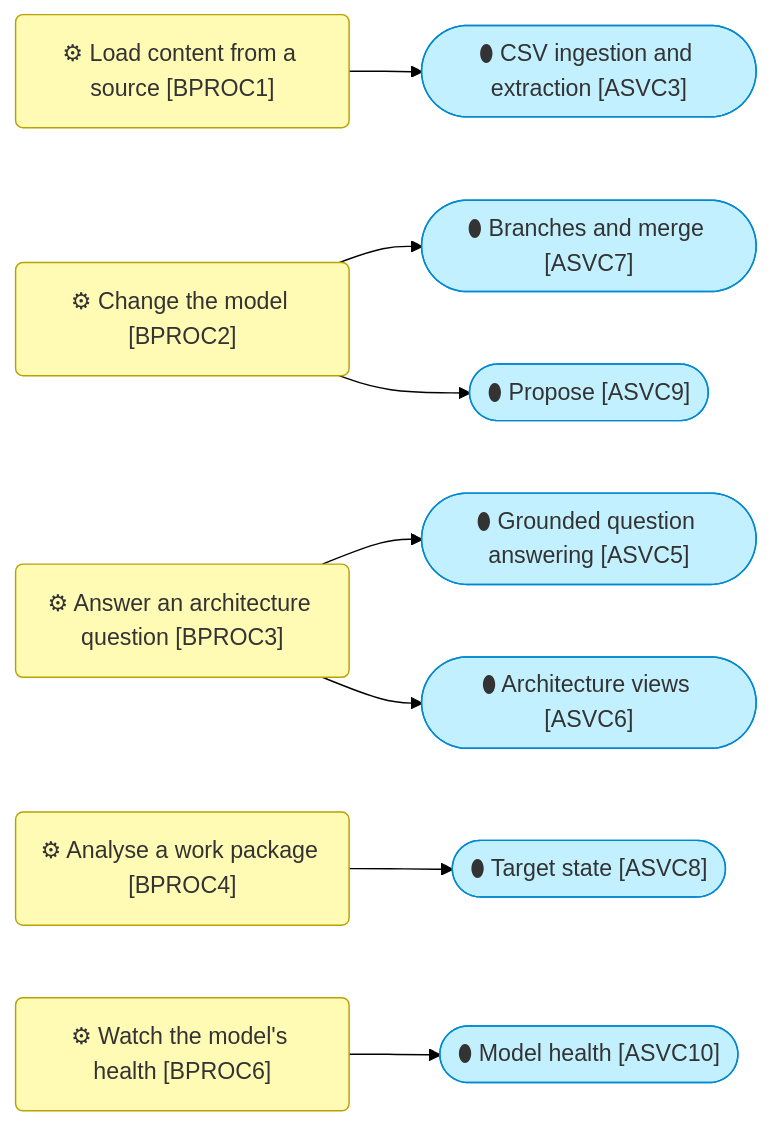
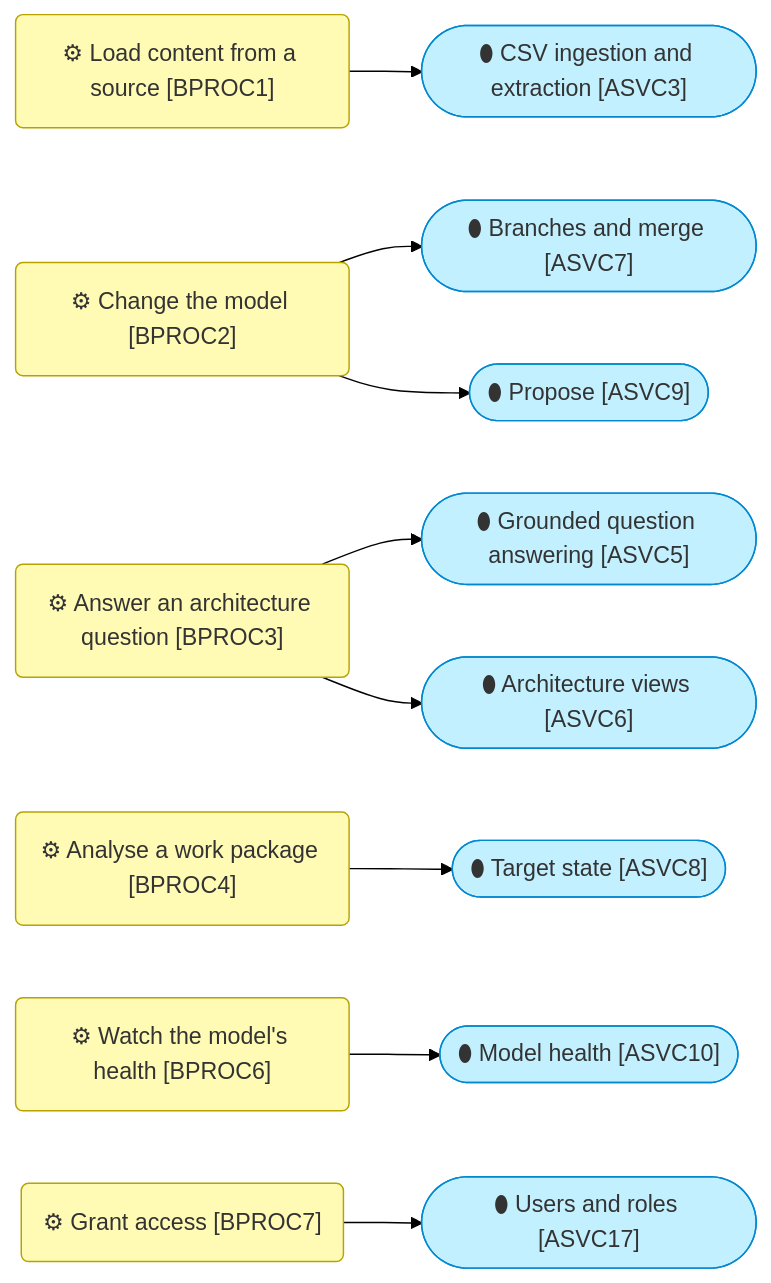
Before and after one commit to roanboc/dbx-enterprise-architecture: the fourth of 4 diagrams in architecture/2_business/2_processes-and-services.md, drawn with Mermaid (forest theme). The commit also changed other lines of this file and 15 other files, not shown here.

First line of the commit message:
docs(architecture): initiatives 27 and 28 built — the application and technology layers aligned, GAP30 and GAP31 closed

````diff
--- a/architecture/2_business/2_processes-and-services.md
+++ b/architecture/2_business/2_processes-and-services.md
@@ -96,25 +96,28 @@
 ```mermaid
 flowchart LR
   p1("⚙ Load content from a source [BPROC1]"):::business
   p2("⚙ Change the model [BPROC2]"):::business
   p3("⚙ Answer an architecture question [BPROC3]"):::business
   p4("⚙ Analyse a work package [BPROC4]"):::business
   p6("⚙ Watch the model's health [BPROC6]"):::business
+  p7("⚙ Grant access [BPROC7]"):::business
   ingest(["⬮ CSV ingestion and extraction [ASVC3]"]):::application
   branches(["⬮ Branches and merge [ASVC7]"]):::application
   propose(["⬮ Propose [ASVC9]"]):::application
   ask(["⬮ Grounded question answering [ASVC5]"]):::application
   views(["⬮ Architecture views [ASVC6]"]):::application
   target(["⬮ Target state [ASVC8]"]):::application
   health(["⬮ Model health [ASVC10]"]):::application
+  users(["⬮ Users and roles [ASVC17]"]):::application
   p1 --> ingest
   p2 --> branches
   p2 --> propose
   p3 --> ask
   p3 --> views
   p4 --> target
   p6 --> health
+  p7 --> users
 
   classDef business fill:#fffbb5,stroke:#b8a200,color:#333
   classDef application fill:#c2f0ff,stroke:#0288d1,color:#333
 ```
````
